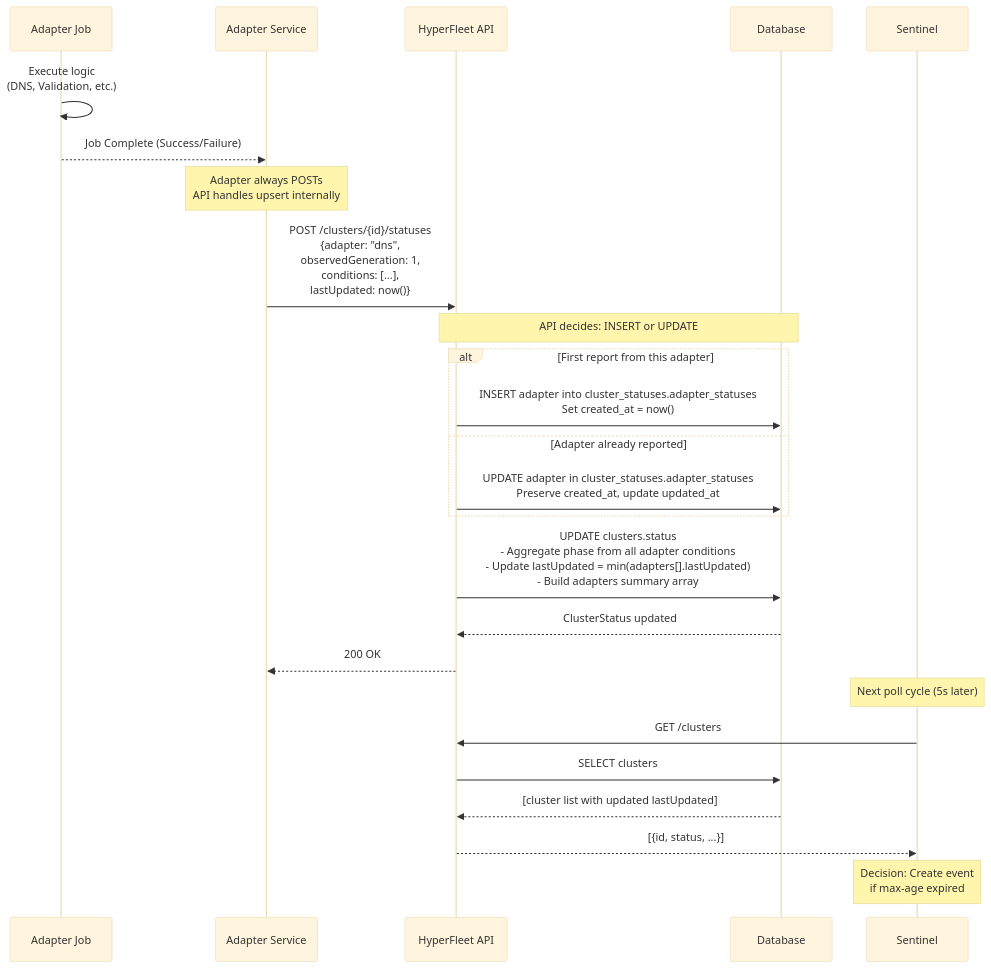
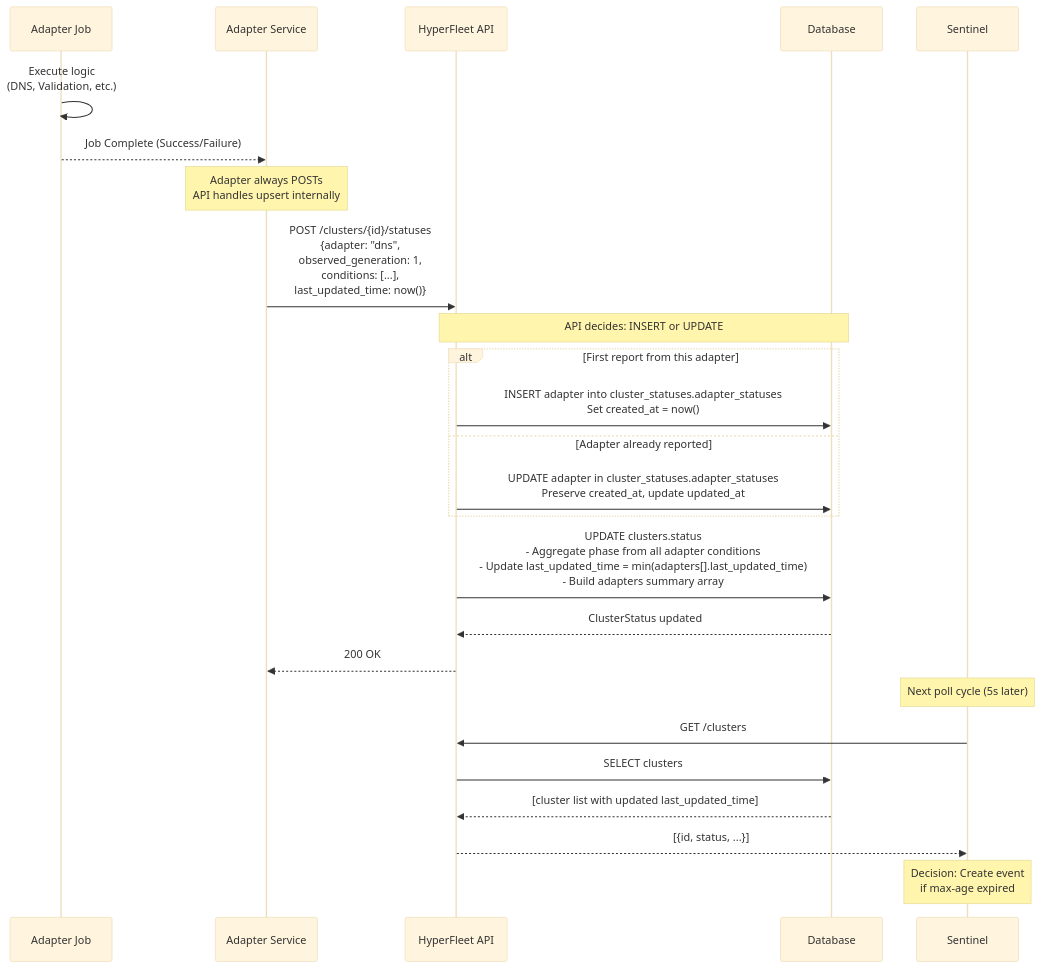
Before and after one commit to rafabene/hyperfleet-architecture: the third of 3 diagrams in hyperfleet/architecture/architecture-summary.md, drawn with Mermaid (base theme). The commit also changed other lines of this file and 7 other files, not shown here.

First line of the commit message:
Fix API Payload Field Naming Inconsistencies in Architecture Documentation

````diff
--- a/hyperfleet/architecture/architecture-summary.md
+++ b/hyperfleet/architecture/architecture-summary.md
@@ -569,36 +569,36 @@
 ```mermaid
 sequenceDiagram
     participant Job as Adapter Job
     participant Adapter as Adapter Service
     participant API as HyperFleet API
     participant DB as Database
     participant Sentinel as Sentinel
 
     Job->>Job: Execute logic<br/>(DNS, Validation, etc.)
     Job-->>Adapter: Job Complete (Success/Failure)
 
     Note over Adapter: Adapter always POSTs<br/>API handles upsert internally
 
-    Adapter->>API: POST /clusters/{id}/statuses<br/>{adapter: "dns",<br/>observedGeneration: 1,<br/>conditions: [...],<br/>lastUpdated: now()}
+    Adapter->>API: POST /clusters/{id}/statuses<br/>{adapter: "dns",<br/>observed_generation: 1,<br/>conditions: [...],<br/>last_updated_time: now()}
 
     Note over API,DB: API decides: INSERT or UPDATE
 
     alt First report from this adapter
         API->>DB: INSERT adapter into cluster_statuses.adapter_statuses<br/>Set created_at = now()
     else Adapter already reported
         API->>DB: UPDATE adapter in cluster_statuses.adapter_statuses<br/>Preserve created_at, update updated_at
     end
 
-    API->>DB: UPDATE clusters.status<br/>- Aggregate phase from all adapter conditions<br/>- Update lastUpdated = min(adapters[].lastUpdated)<br/>- Build adapters summary array
+    API->>DB: UPDATE clusters.status<br/>- Aggregate phase from all adapter conditions<br/>- Update last_updated_time = min(adapters[].last_updated_time)<br/>- Build adapters summary array
     DB-->>API: ClusterStatus updated
     API-->>Adapter: 200 OK
 
     Note over Sentinel: Next poll cycle (5s later)
 
     Sentinel->>API: GET /clusters
     API->>DB: SELECT clusters
-    DB-->>API: [cluster list with updated lastUpdated]
+    DB-->>API: [cluster list with updated last_updated_time]
     API-->>Sentinel: [{id, status, ...}]
 
     Note over Sentinel: Decision: Create event<br/>if max-age expired
 ```
````
